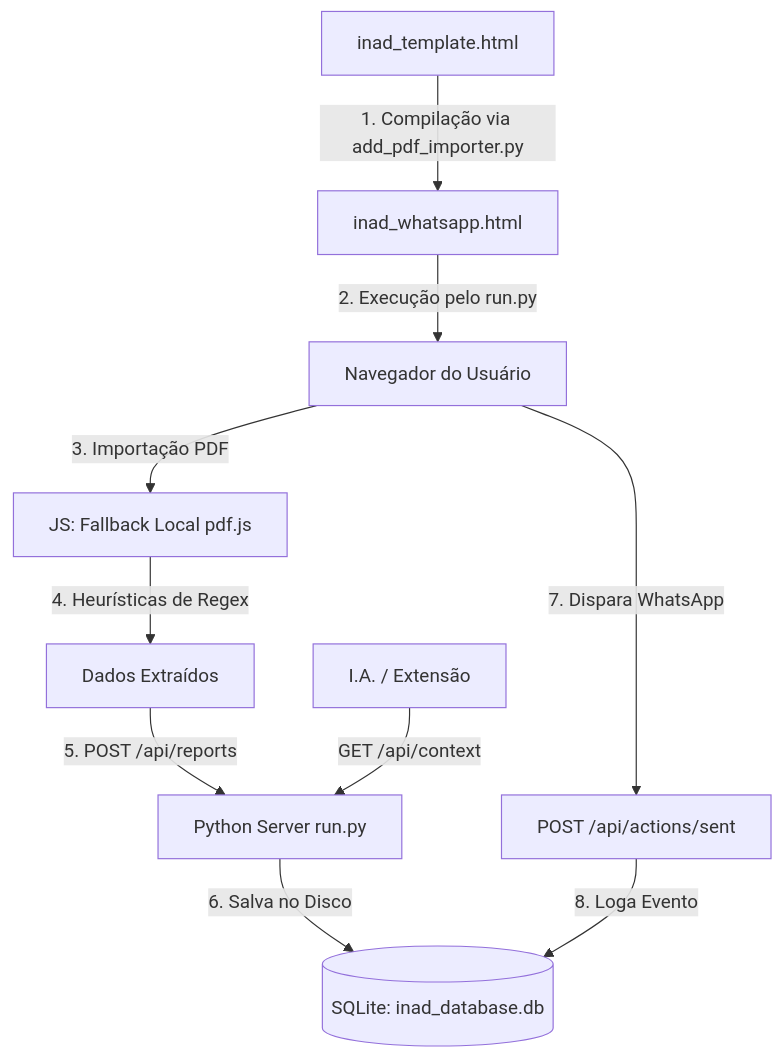
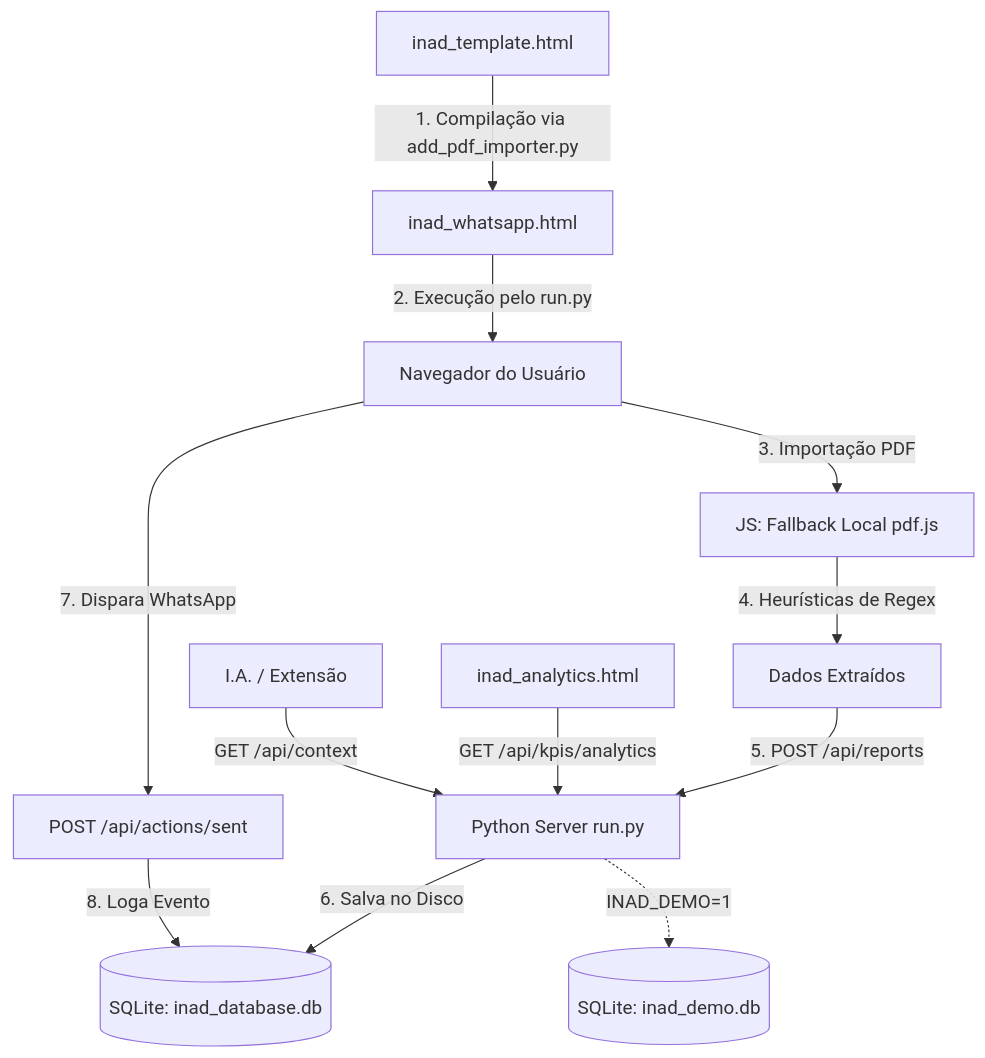
Before and after one commit to Dimasaas/INAD-Cobranca: the diagram in AI_CONTEXT.md, drawn with Mermaid. The commit also changed other lines of this file, not shown here.

Commit message:
docs: AI_CONTEXT.md atualizado — analytics, segmentação novo/antigo e modo demo

````diff
--- a/AI_CONTEXT.md
+++ b/AI_CONTEXT.md
@@ -19,12 +19,14 @@
 ```mermaid
 graph TD
     A[inad_template.html] -->|1. Compilação via add_pdf_importer.py| B[inad_whatsapp.html]
     B -->|2. Execução pelo run.py| C[Navegador do Usuário]
     C -->|3. Importação PDF| D[JS: Fallback Local pdf.js]
     D -->|4. Heurísticas de Regex| E[Dados Extraídos]
     E -->|5. POST /api/reports| F[Python Server run.py]
     F -->|6. Salva no Disco| G[(SQLite: inad_database.db)]
+    F -.->|INAD_DEMO=1| G2[(SQLite: inad_demo.db)]
     C -->|7. Dispara WhatsApp| H[POST /api/actions/sent]
     H -->|8. Loga Evento| G
+    N[inad_analytics.html] -->|GET /api/kpis/analytics| F
     I[I.A. / Extensão] -->|GET /api/context| F
 ```
````
